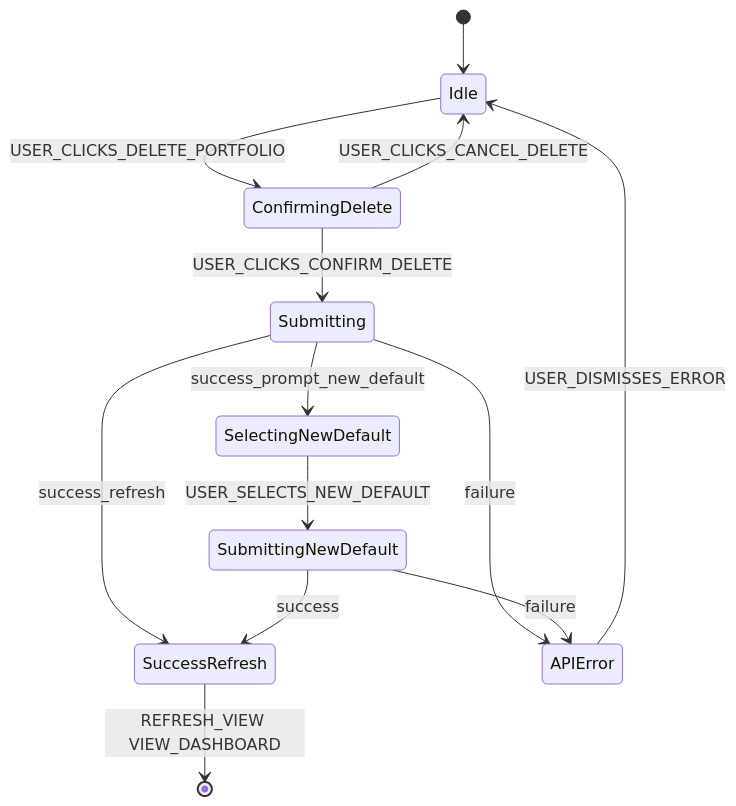
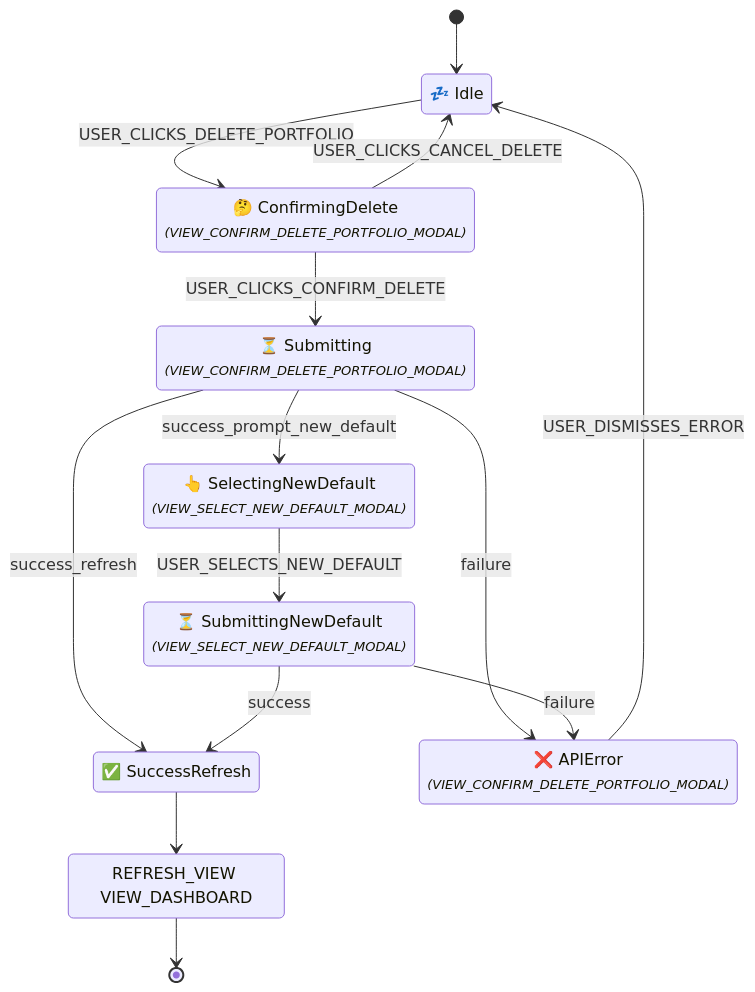
The tenth of 21 diagrams in docs/ui_flow_diagrams.md (enzhao/Sentinel), drawn with Mermaid before and after one commit. The commit also changed other lines of this file and 6 other files, not shown here.

````diff
--- a/docs/ui_flow_diagrams.md
+++ b/docs/ui_flow_diagrams.md
@@ -90,16 +255,24 @@
 ```mermaid
 stateDiagram-v2
-    state "Idle" as Idle
     [*] --> Idle
+    state "💤 Idle" as Idle
     Idle --> ConfirmingDelete : USER_CLICKS_DELETE_PORTFOLIO
+    state "🤔 ConfirmingDelete<br/><font size="2"><i>(VIEW_CONFIRM_DELETE_PORTFOLIO_MODAL)</i></font>" as ConfirmingDelete
     ConfirmingDelete --> Submitting : USER_CLICKS_CONFIRM_DELETE
     ConfirmingDelete --> Idle : USER_CLICKS_CANCEL_DELETE
+    state "⏳ Submitting<br/><font size="2"><i>(VIEW_CONFIRM_DELETE_PORTFOLIO_MODAL)</i></font>" as Submitting
     Submitting --> SuccessRefresh : success_refresh
     Submitting --> SelectingNewDefault : success_prompt_new_default
     Submitting --> APIError : failure
+    state "👆 SelectingNewDefault<br/><font size="2"><i>(VIEW_SELECT_NEW_DEFAULT_MODAL)</i></font>" as SelectingNewDefault
     SelectingNewDefault --> SubmittingNewDefault : USER_SELECTS_NEW_DEFAULT
+    state "⏳ SubmittingNewDefault<br/><font size="2"><i>(VIEW_SELECT_NEW_DEFAULT_MODAL)</i></font>" as SubmittingNewDefault
     SubmittingNewDefault --> SuccessRefresh : success
     SubmittingNewDefault --> APIError : failure
-    SuccessRefresh --> [*] : REFRESH_VIEW VIEW_DASHBOARD
+    state "✅ SuccessRefresh" as SuccessRefresh
+    state "REFRESH_VIEW VIEW_DASHBOARD" as SuccessRefresh_exit_action
+    SuccessRefresh --> SuccessRefresh_exit_action
+    SuccessRefresh_exit_action --> [*]
+    state "❌ APIError<br/><font size="2"><i>(VIEW_CONFIRM_DELETE_PORTFOLIO_MODAL)</i></font>" as APIError
     APIError --> Idle : USER_DISMISSES_ERROR
 ```
````
